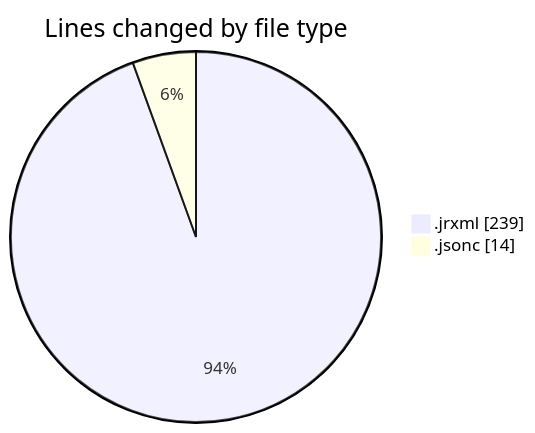
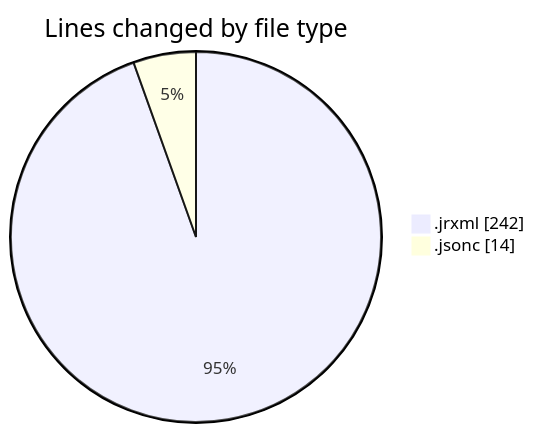
The first of 2 diagrams in 2026-07-09/cilreports__workspace_/README.md (ricardozamudiocil/code-tracking), drawn with Mermaid before and after one commit. The commit also changed other lines of this file and 1 other file, not shown here.

````diff
--- a/2026-07-09/cilreports__workspace_/README.md
+++ b/2026-07-09/cilreports__workspace_/README.md
@@ -21,6 +21,6 @@
 ```mermaid
 pie showData
 title Lines changed by file type
-".jrxml" : 239
+".jrxml" : 242
 ".jsonc" : 14
 ```
````
